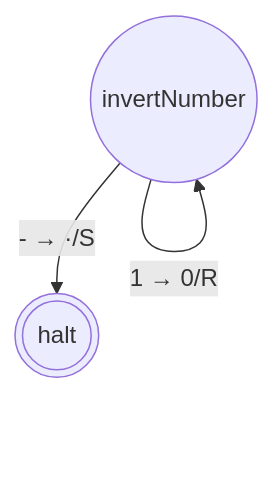
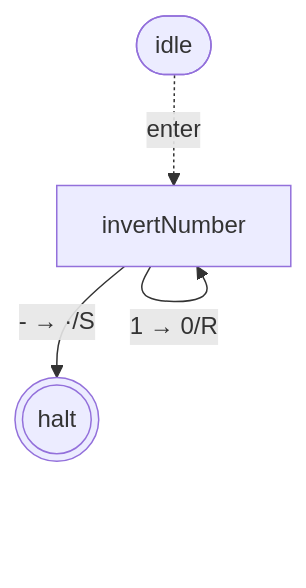
The third of 4 diagrams in packages/library-binary-numbers-bare/states.md (mellonis/turing-machine-js), drawn with Mermaid before and after one commit. The commit also changed other lines of this file and 5 other files, not shown here.

````diff
--- a/packages/library-binary-numbers-bare/states.md
+++ b/packages/library-binary-numbers-bare/states.md
@@ -41,9 +45,11 @@
 ```mermaid
 flowchart TD
 %% alphabets: [[" ","0","1"]]
   s0(((halt)))
-  s5(("invertNumber"))
+  s5["invertNumber"]
+  idle([idle])
+  idle -. enter .-> s5
   s5 -- "0 → 1/R" --> s5
   s5 -- "1 → 0/R" --> s5
   s5 -- "- → ·/S" --> s0
 ```
````
